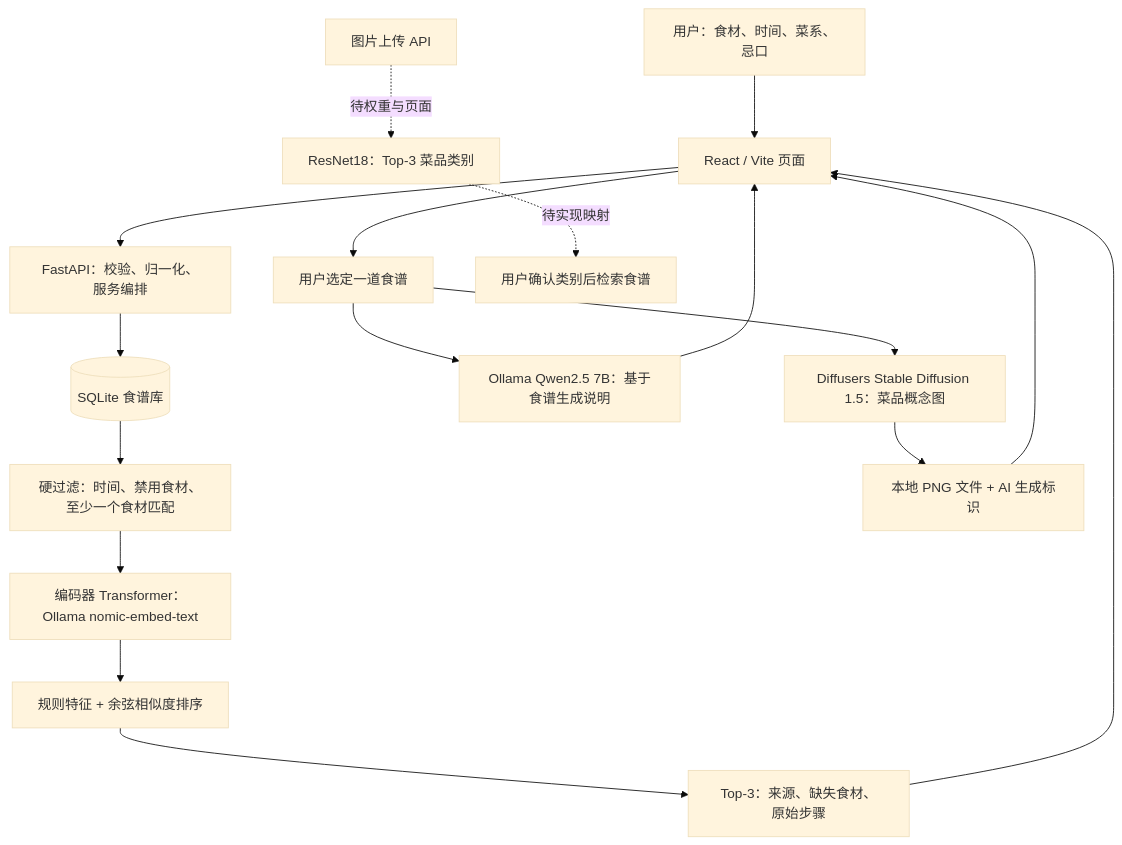
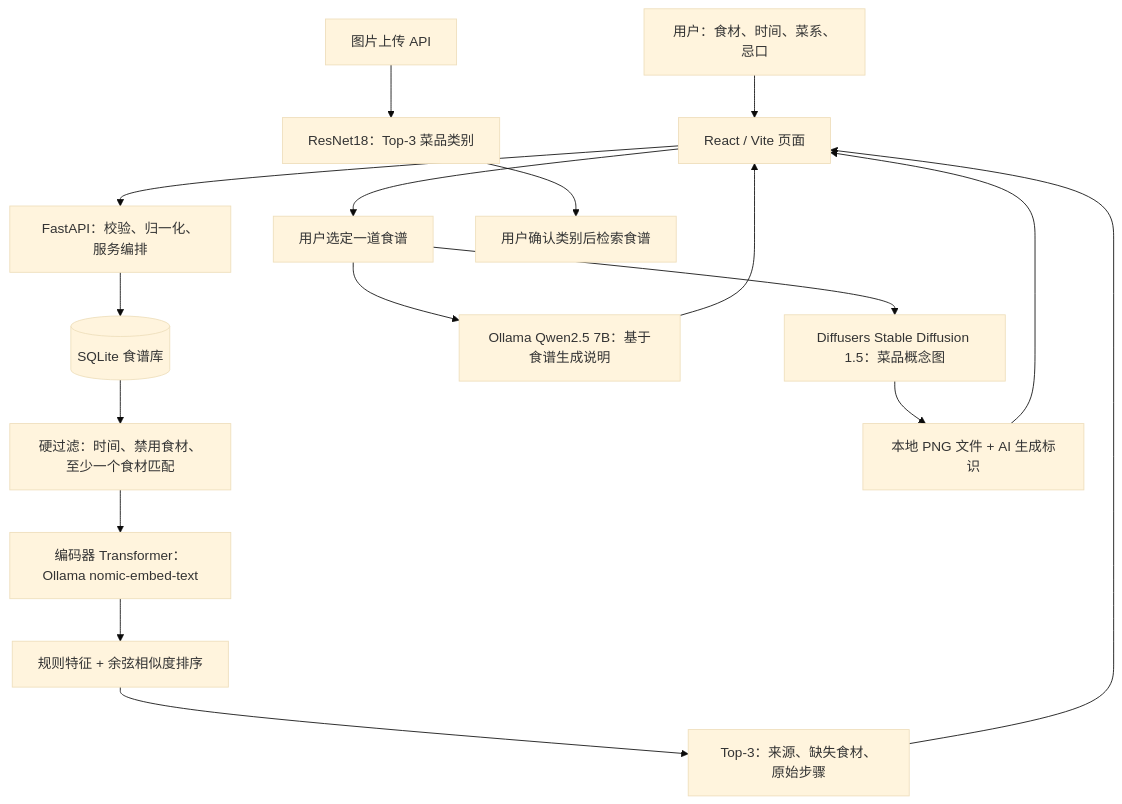
Before and after one commit to Bamboo020/AI-Powered-Recipe-Recommendation-and-Dish-Image-Generator: the diagram in docs/system-architecture.zh.md, drawn with Mermaid (base theme). The commit also changed other lines of this file and 43 other files, not shown here.

Commit message:
Complete real-data import, five-class CNN training, evaluation and photo recipe flow

````diff
--- a/docs/system-architecture.zh.md
+++ b/docs/system-architecture.zh.md
@@ -5,19 +5,19 @@
 ```mermaid
 flowchart TD
     User[用户：食材、时间、菜系、忌口] --> UI[React / Vite 页面]
     UI --> API[FastAPI：校验、归一化、服务编排]
     API --> DB[(SQLite 食谱库)]
     DB --> Filter[硬过滤：时间、禁用食材、至少一个食材匹配]
     Filter --> Embed[编码器 Transformer：Ollama nomic-embed-text]
     Embed --> Rank[规则特征 + 余弦相似度排序]
     Rank --> Top[Top-3：来源、缺失食材、原始步骤]
     Top --> UI
     UI --> Select[用户选定一道食谱]
     Select --> LLM[Ollama Qwen2.5 7B：基于食谱生成说明]
     Select --> SD[Diffusers Stable Diffusion 1.5：菜品概念图]
     LLM --> UI
     SD --> PNG[本地 PNG 文件 + AI 生成标识]
     PNG --> UI
-    Photo[图片上传 API] -.待权重与页面.-> CNN[ResNet18：Top-3 菜品类别]
-    CNN -.待实现映射.-> Confirm[用户确认类别后检索食谱]
+    Photo[图片上传 API] --> CNN[ResNet18：Top-3 菜品类别]
+    CNN --> Confirm[用户确认类别后检索食谱]
 ```
````
